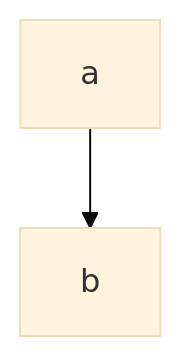
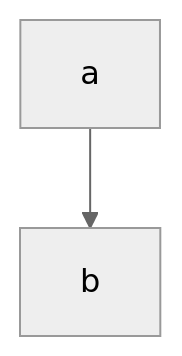
One commit to mermaid-js/mermaid changed the first of 3 diagrams in vdocs/config/theming.md. Above: the diagram before and after it, drawn with Mermaid. The commit also changed other lines of this file and 6 other files, not shown here.

````diff
--- a/vdocs/config/theming.md
+++ b/vdocs/config/theming.md
@@ -42,5 +42,5 @@
 ```mmd
-%%{init: {'theme':'base'}}%%
+%%{init: {'theme':'neutral'}}%%
   graph TD
     a --> b
 ```
````
